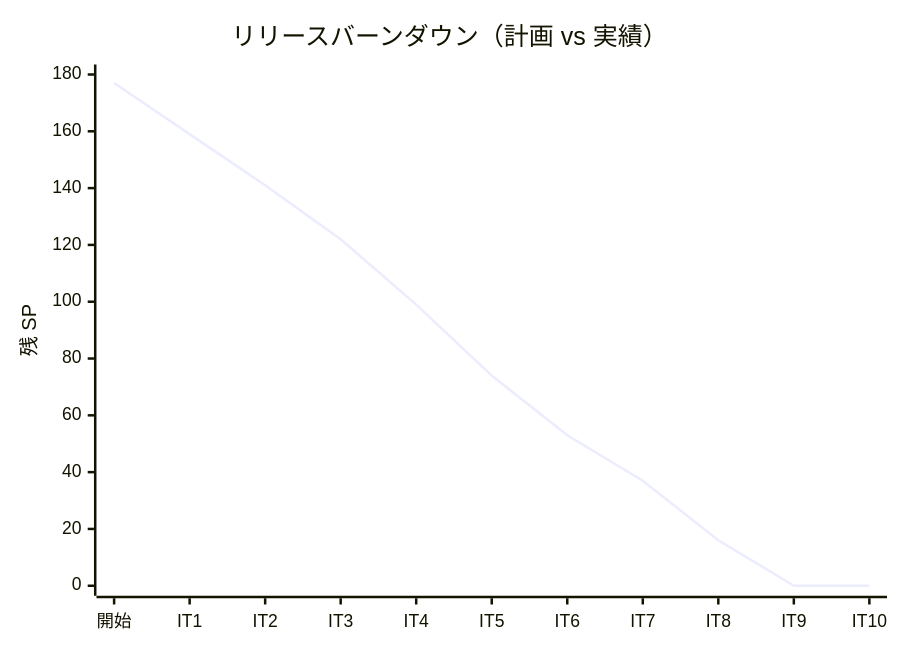
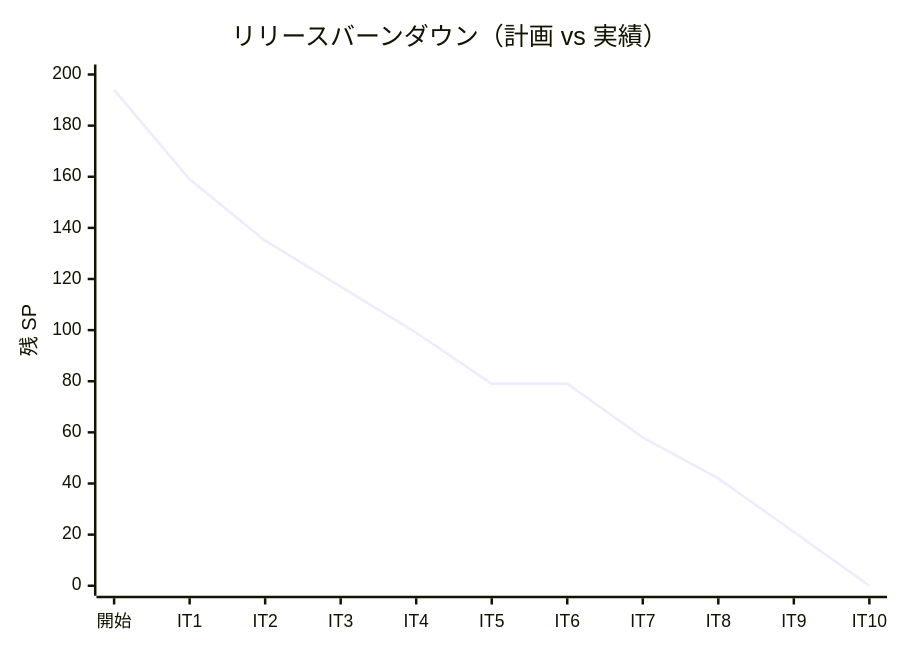
The third of 3 diagrams in docs/development/release_plan.md (k2works/case-study-cargo-tracker), drawn with Mermaid before and after one commit. The commit also changed other lines of this file and 3 other files, not shown here.

````diff
--- a/docs/development/release_plan.md
+++ b/docs/development/release_plan.md
@@ -429,7 +435,7 @@
 ```mermaid
 xychart-beta
     title "リリースバーンダウン（計画 vs 実績）"
     x-axis ["開始", "IT1", "IT2", "IT3", "IT4", "IT5", "IT6", "IT7", "IT8", "IT9", "IT10"]
-    y-axis "残 SP" 0 --> 180
-    line "計画" [177, 159, 141, 122, 99, 74, 53, 37, 16, 0, 0]
+    y-axis "残 SP" 0 --> 200
+    line "計画" [194, 159, 135, 117, 99, 79, 79, 58, 42, 21, 0]
 ```
````
